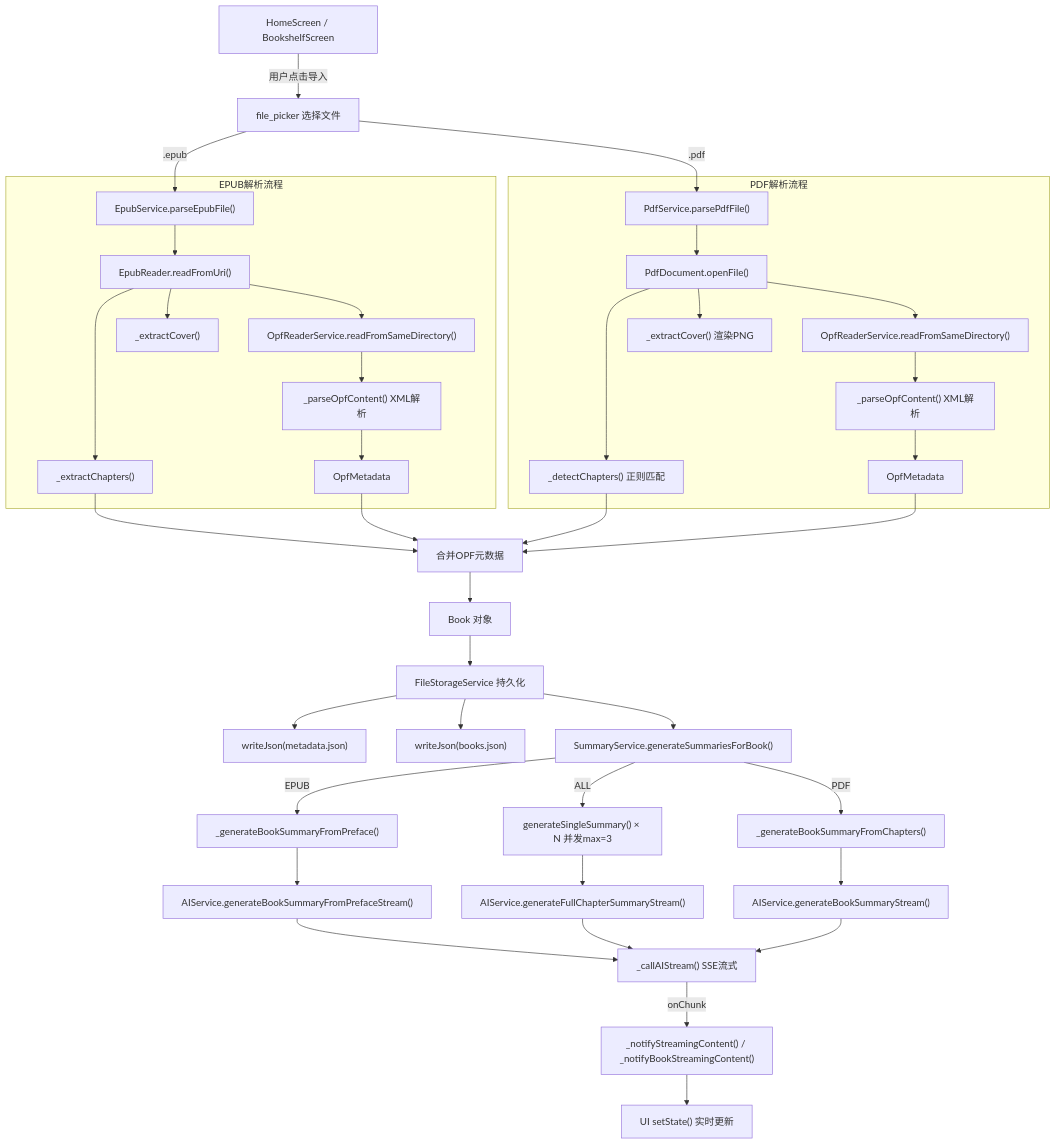
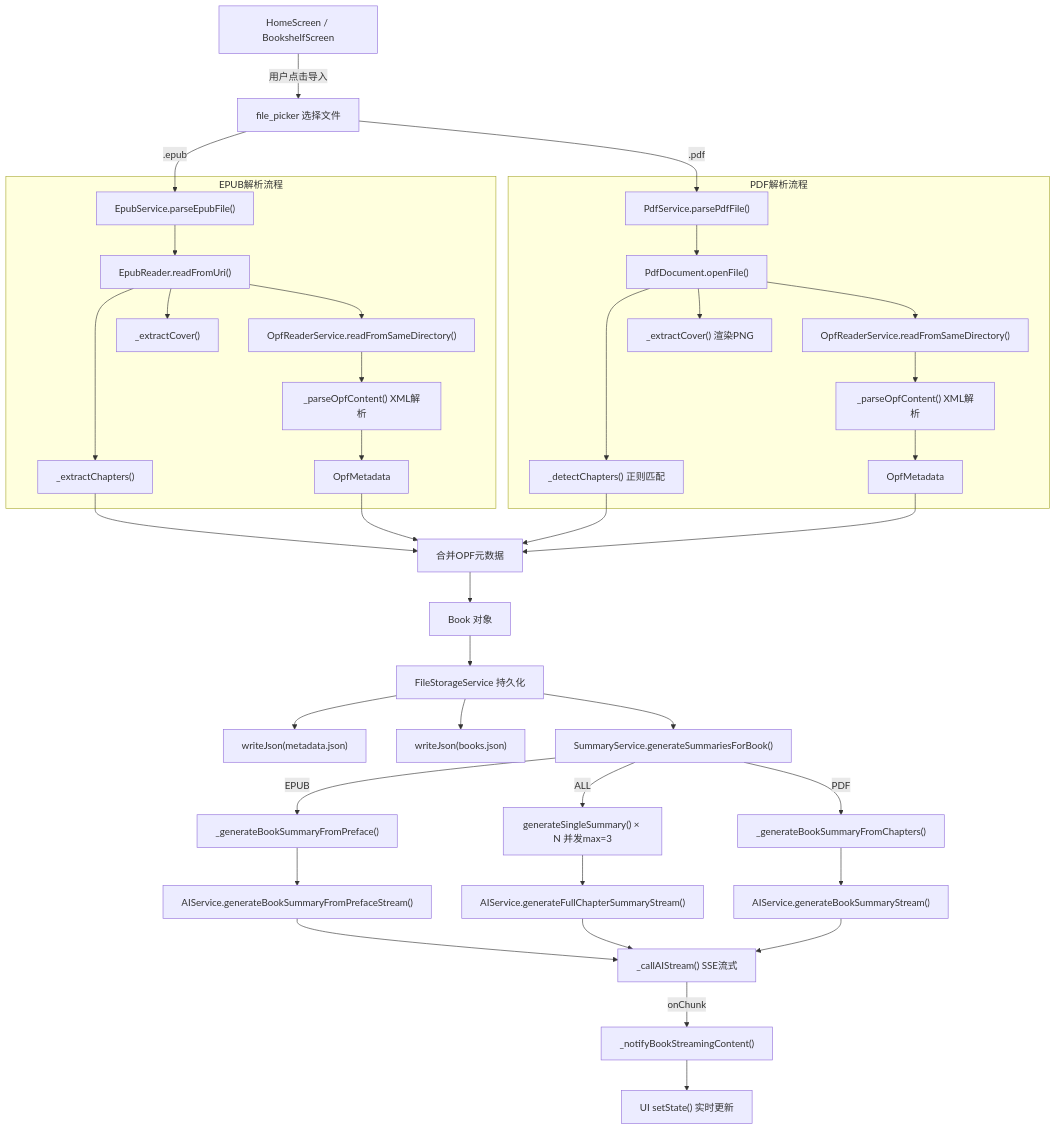
Before and after one commit to jjzhang2000/zhidu: the second of 11 diagrams in docs/function_call_relationships_visual.md, drawn with Mermaid. The commit also changed other lines of this file and 8 other files, not shown here.

````diff
--- a/docs/function_call_relationships_visual.md
+++ b/docs/function_call_relationships_visual.md
@@ -137,50 +137,50 @@
 ```mermaid
 flowchart TD
     UI["HomeScreen / BookshelfScreen"] --> |"用户点击导入"| FP["file_picker 选择文件"]
     FP --> |".epub"| EPUB["EpubService.parseEpubFile()"]
     FP --> |".pdf"| PDF["PdfService.parsePdfFile()"]
 
     subgraph EPUB解析流程
         EPUB --> E1["EpubReader.readFromUri()"]
         E1 --> E2["_extractChapters()"]
         E1 --> E3["_extractCover()"]
         E1 --> E4["OpfReaderService.readFromSameDirectory()"]
         E4 --> E5["_parseOpfContent() XML解析"]
         E5 --> E6["OpfMetadata"]
     end
 
     subgraph PDF解析流程
         PDF --> P1["PdfDocument.openFile()"]
         P1 --> P2["_detectChapters() 正则匹配"]
         P1 --> P3["_extractCover() 渲染PNG"]
         P1 --> P4["OpfReaderService.readFromSameDirectory()"]
         P4 --> P5["_parseOpfContent() XML解析"]
         P5 --> P6["OpfMetadata"]
     end
 
     E2 --> MERGE["合并OPF元数据"]
     P2 --> MERGE
     E6 --> MERGE
     P6 --> MERGE
 
     MERGE --> BOOK["Book 对象"]
     BOOK --> SAVE["FileStorageService 持久化"]
     SAVE --> SAVE1["writeJson(metadata.json)"]
     SAVE --> SAVE2["writeJson(books.json)"]
 
     SAVE --> GEN["SummaryService.generateSummariesForBook()"]
     GEN --> |EPUB| BSP["_generateBookSummaryFromPreface()"]
     GEN --> |ALL| CSS["generateSingleSummary() × N 并发max=3"]
     GEN --> |PDF| BSC["_generateBookSummaryFromChapters()"]
 
     BSP --> AI1["AIService.generateBookSummaryFromPrefaceStream()"]
     CSS --> AI2["AIService.generateFullChapterSummaryStream()"]
     BSC --> AI3["AIService.generateBookSummaryStream()"]
 
     AI1 --> SSE["_callAIStream() SSE流式"]
     AI2 --> SSE
     AI3 --> SSE
 
-    SSE --> |"onChunk"| NOTIFY["_notifyStreamingContent() / _notifyBookStreamingContent()"]
+    SSE --> |"onChunk"| NOTIFY["_notifyBookStreamingContent()"]
     NOTIFY --> UI_UPDATE["UI setState() 实时更新"]
 ```
````
